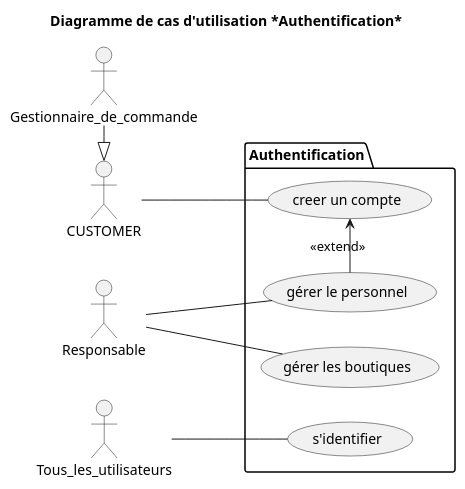
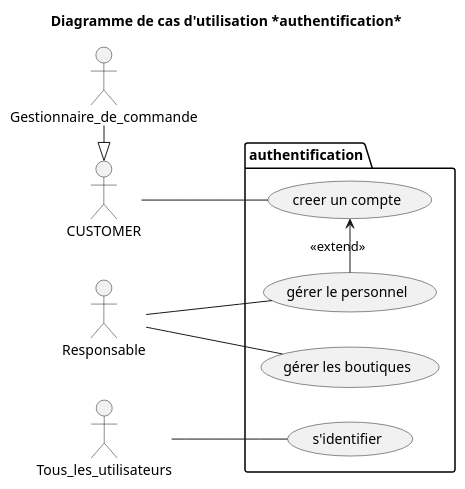
One commit to Zepmanbc/oc_dapython_pr4 changed the diagram in v4/uml/03_authentification.puml. Above: the diagram before and after it, drawn with PlantUML. The commit also changed 28 other files, not shown here.

```diff
--- a/v4/uml/03_authentification.puml
+++ b/v4/uml/03_authentification.puml
@@ -1,25 +1,25 @@
 @startuml 03_authentification
-title Diagramme de cas d'utilisation *Authentification*
+title Diagramme de cas d'utilisation *authentification*
 
 actor Gestionnaire_de_commande as GESTCMD
 ' actor Client as CUSTOMER
 ' actor Gestionnaire_de_stock as GESTSTOCK
 ' actor Pizzaiolo as PZLO
 actor Responsable as BOSS
 ' actor Banque <<system>> as BANK
 
-package Authentification{
+package authentification{
     left to right direction
     (creer un compte) as REGISTER
     (gérer le personnel) as MANAGE_EMPL
     (s'identifier) as LOGIN
     (gérer les boutiques) as STORE
 }
 MANAGE_EMPL -> REGISTER: <<extend>>
 CUSTOMER -- REGISTER
 GESTCMD -|> CUSTOMER
 BOSS -- MANAGE_EMPL
 BOSS -- STORE
 Tous_les_utilisateurs -- LOGIN
 
 @enduml
```
